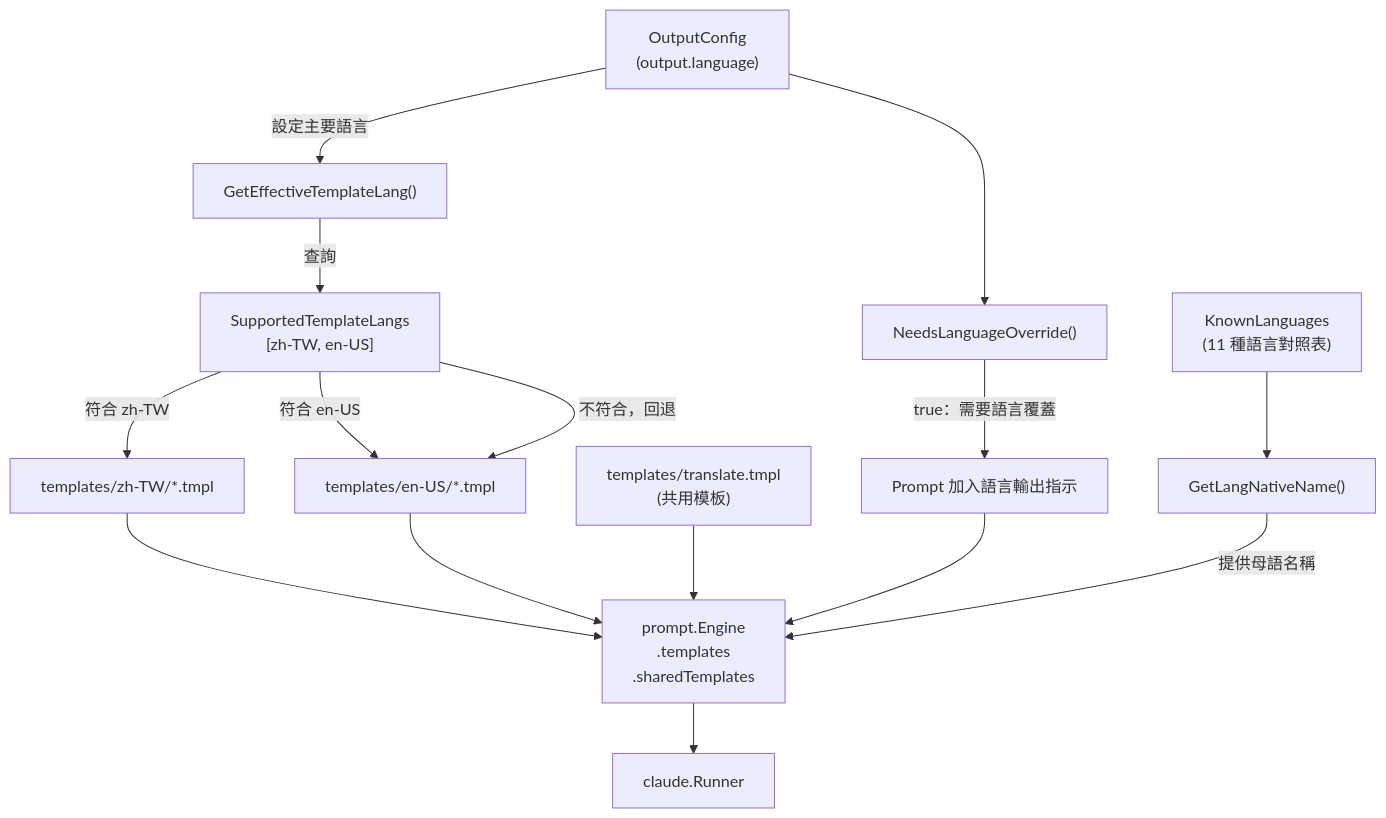
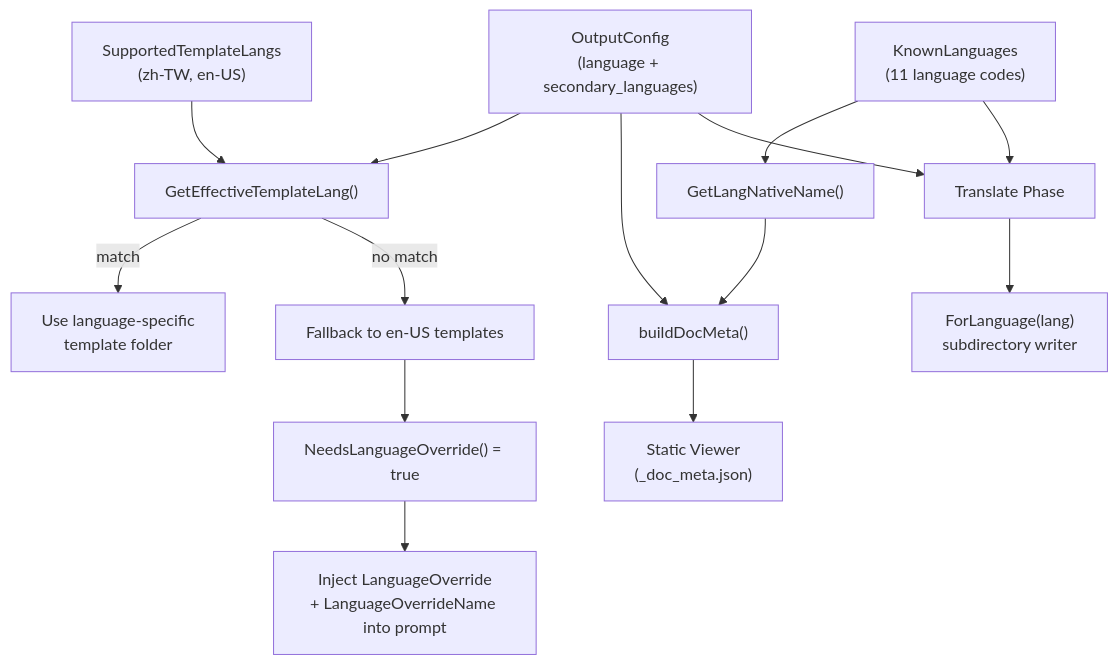
The first of 3 diagrams in docs/i18n/supported-languages/index.md (monkenWu/selfmd-claude-code), drawn with Mermaid before and after one commit. The commit also changed other lines of this file and 145 other files, not shown here.

````diff
--- a/docs/i18n/supported-languages/index.md
+++ b/docs/i18n/supported-languages/index.md
@@ -16,30 +16,23 @@
 ```mermaid
 flowchart TD
-    Config["OutputConfig\n(output.language)"]
-    GetEffective["GetEffectiveTemplateLang()"]
-    NeedsOverride["NeedsLanguageOverride()"]
-    SupportedTemplateLangs["SupportedTemplateLangs\n[zh-TW, en-US]"]
-    TemplatezHTW["templates/zh-TW/*.tmpl"]
-    TemplateENUS["templates/en-US/*.tmpl"]
-    SharedTemplate["templates/translate.tmpl\n(共用模板)"]
-    Engine["prompt.Engine\n.templates\n.sharedTemplates"]
-    LangOverridePrompt["Prompt 加入語言輸出指示"]
-    ClaudeRunner["claude.Runner"]
-    KnownLanguages["KnownLanguages\n(11 種語言對照表)"]
-    GetLangNativeName["GetLangNativeName()"]
+    Config["OutputConfig<br/>(language + secondary_languages)"]
+    KnownLangs["KnownLanguages<br/>(11 language codes)"]
+    SupportedTmpl["SupportedTemplateLangs<br/>(zh-TW, en-US)"]
 
-    Config -->|設定主要語言| GetEffective
-    GetEffective -->|查詢| SupportedTemplateLangs
-    SupportedTemplateLangs -->|符合 zh-TW| TemplatezHTW
-    SupportedTemplateLangs -->|符合 en-US| TemplateENUS
-    SupportedTemplateLangs -->|不符合，回退| TemplateENUS
-    TemplatezHTW --> Engine
-    TemplateENUS --> Engine
-    SharedTemplate --> Engine
-    Config --> NeedsOverride
-    NeedsOverride -->|true：需要語言覆蓋| LangOverridePrompt
-    LangOverridePrompt --> Engine
-    Engine --> ClaudeRunner
-    KnownLanguages --> GetLangNativeName
-    GetLangNativeName -->|提供母語名稱| Engine
+    Config --> GetEffective["GetEffectiveTemplateLang()"]
+    SupportedTmpl --> GetEffective
+    GetEffective -->|match| UseLangTemplate["Use language-specific<br/>template folder"]
+    GetEffective -->|no match| FallbackEN["Fallback to en-US templates"]
+
+    FallbackEN --> NeedsOverride["NeedsLanguageOverride() = true"]
+    NeedsOverride --> OverridePrompt["Inject LanguageOverride<br/>+ LanguageOverrideName into prompt"]
+
+    Config --> DocMeta["buildDocMeta()"]
+    KnownLangs --> GetNativeName["GetLangNativeName()"]
+    GetNativeName --> DocMeta
+    DocMeta --> Viewer["Static Viewer<br/>(_doc_meta.json)"]
+
+    Config --> TranslatePhase["Translate Phase"]
+    KnownLangs --> TranslatePhase
+    TranslatePhase --> LangWriter["ForLanguage(lang)<br/>subdirectory writer"]
 ```
````
